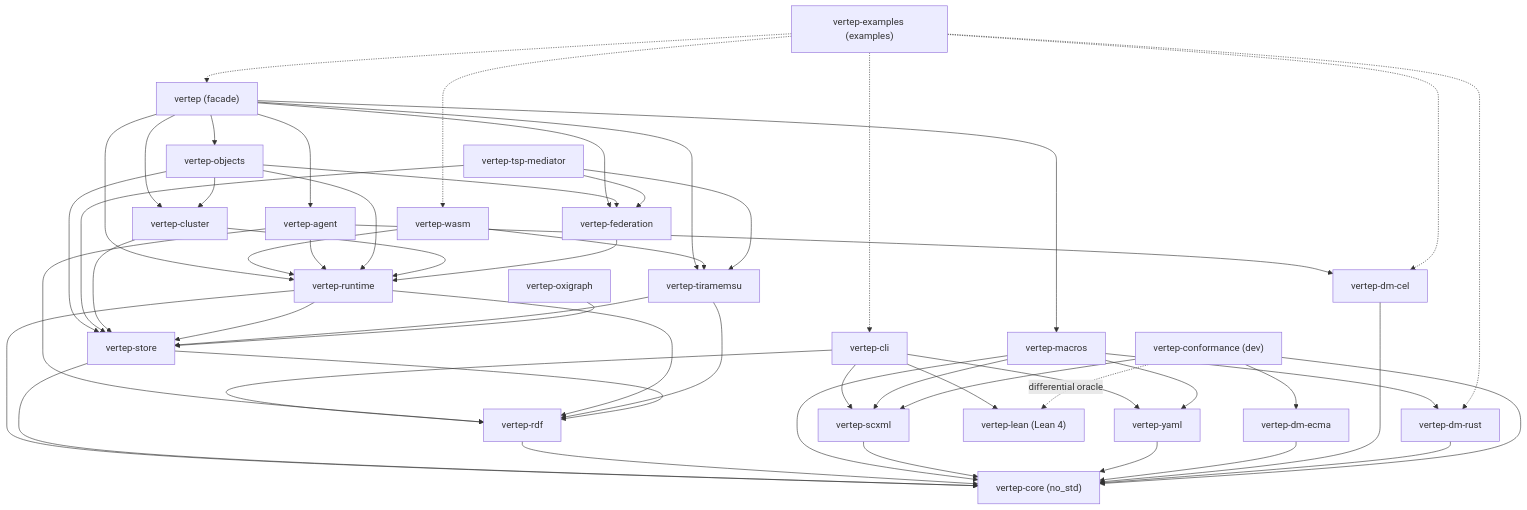
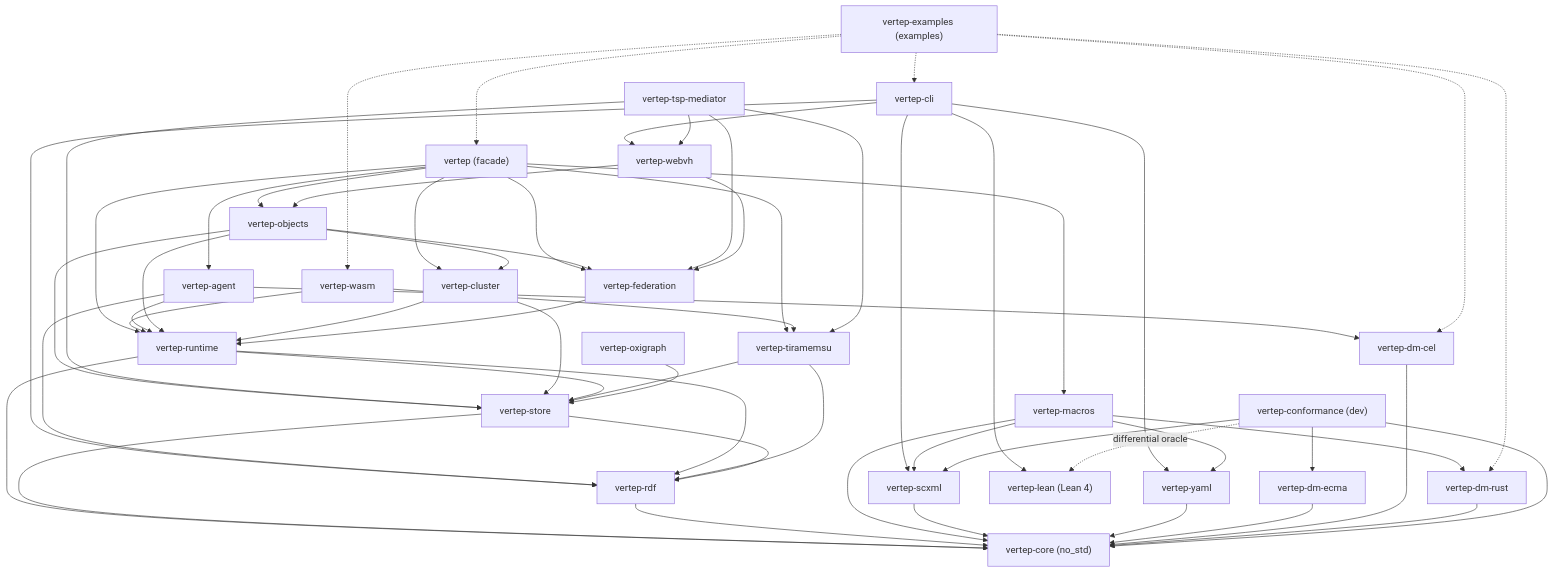
Before and after one commit to Volland/vertep: the diagram in tg.md/components.md, drawn with Mermaid. The commit also changed other lines of this file and 79 other files, not shown here.

````diff
--- a/tg.md/components.md
+++ b/tg.md/components.md
@@ -9,49 +9,51 @@
 ```mermaid
 flowchart TD
     facade["vertep (facade)"]
     cli["vertep-cli"]
     wasm["vertep-wasm"]
     agent["vertep-agent"]
     objects["vertep-objects"]
     mediator["vertep-tsp-mediator"]
+    webvh["vertep-webvh"]
     cluster["vertep-cluster"]
     fed["vertep-federation"]
     runtime["vertep-runtime"]
     tira["vertep-tiramemsu"]
     oxi["vertep-oxigraph"]
     store["vertep-store"]
     rdf["vertep-rdf"]
     macros["vertep-macros"]
     scxml["vertep-scxml"]
     yaml["vertep-yaml"]
     ecma["vertep-dm-ecma"]
     cel["vertep-dm-cel"]
     dmrust["vertep-dm-rust"]
     core["vertep-core (no_std)"]
     conf["vertep-conformance (dev)"]
     examples["vertep-examples (examples)"]
     lean["vertep-lean (Lean 4)"]
 
     facade --> agent & cluster & fed & objects & runtime & macros & tira
-    cli --> scxml & yaml & rdf & lean
+    cli --> scxml & yaml & rdf & lean & webvh
     wasm --> runtime & tira
     agent --> runtime & cel & rdf
     objects --> runtime & store & fed & cluster
-    mediator --> fed & store & tira
+    mediator --> fed & store & tira & webvh
+    webvh --> fed & objects
     cluster --> runtime & store
     fed --> runtime
     runtime --> core & store & rdf
     tira --> store & rdf
     oxi --> store
     store --> core & rdf
     rdf --> core
     macros --> core & scxml & yaml & dmrust
     scxml --> core
     yaml --> core
     ecma --> core
     cel --> core
     dmrust --> core
     conf --> core & scxml & ecma
     conf -. differential oracle .-> lean
     examples -.-> facade & cel & dmrust & cli & wasm
 ```
````
